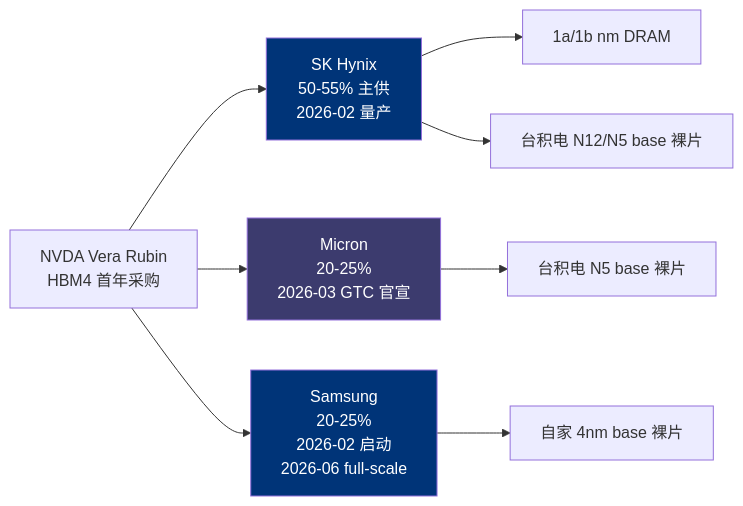
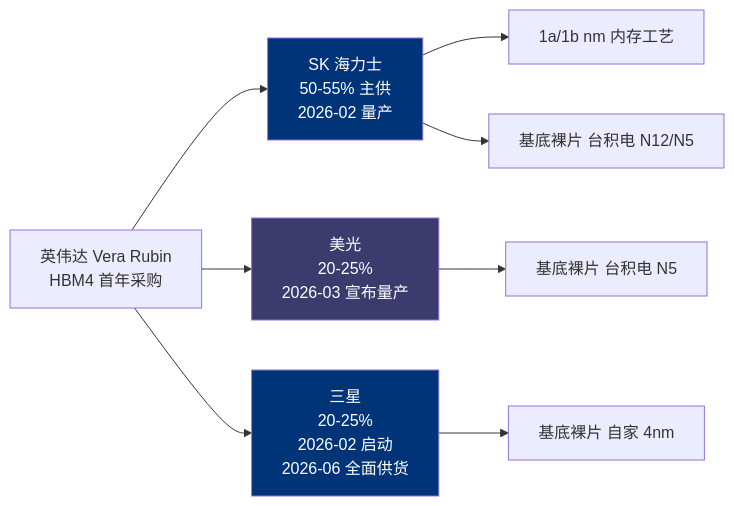
One commit to diguike/book-compute-economics changed the third of 5 diagrams in book/11-bottleneck-physics/README.md. Above: the diagram before and after it, drawn with Mermaid. The commit also changed other lines of this file and 33 other files, not shown here.

````diff
--- a/book/11-bottleneck-physics/README.md
+++ b/book/11-bottleneck-physics/README.md
@@ -172,15 +150,15 @@
 ```mermaid
 graph LR
-    A[NVDA Vera Rubin<br/>HBM4 首年采购] --> B[SK Hynix<br/>50-55% 主供<br/>2026-02 量产]
-    A --> C[Micron<br/>20-25%<br/>2026-03 GTC 官宣]
-    A --> D[Samsung<br/>20-25%<br/>2026-02 启动<br/>2026-06 full-scale]
+    A[英伟达 Vera Rubin<br/>HBM4 首年采购] --> B[SK 海力士<br/>50-55% 主供<br/>2026-02 量产]
+    A --> C[美光<br/>20-25%<br/>2026-03 宣布量产]
+    A --> D[三星<br/>20-25%<br/>2026-02 启动<br/>2026-06 全面供货]
 
-    B --> B1[1a/1b nm DRAM]
-    B --> B2[台积电 N12/N5 base 裸片]
-    C --> C1[台积电 N5 base 裸片]
-    D --> D1[自家 4nm base 裸片]
+    B --> B1[1a/1b nm 内存工艺]
+    B --> B2[基底裸片 台积电 N12/N5]
+    C --> C1[基底裸片 台积电 N5]
+    D --> D1[基底裸片 自家 4nm]
 
     style B fill:#003478,color:#fff
     style C fill:#3C3B6E,color:#fff
     style D fill:#003478,color:#fff
 ```
````
